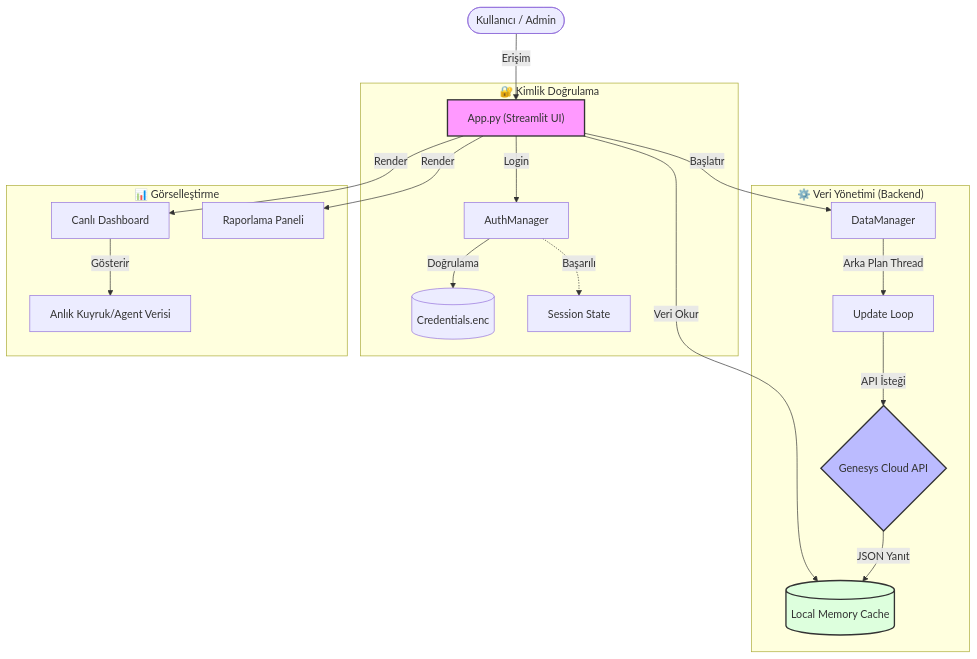
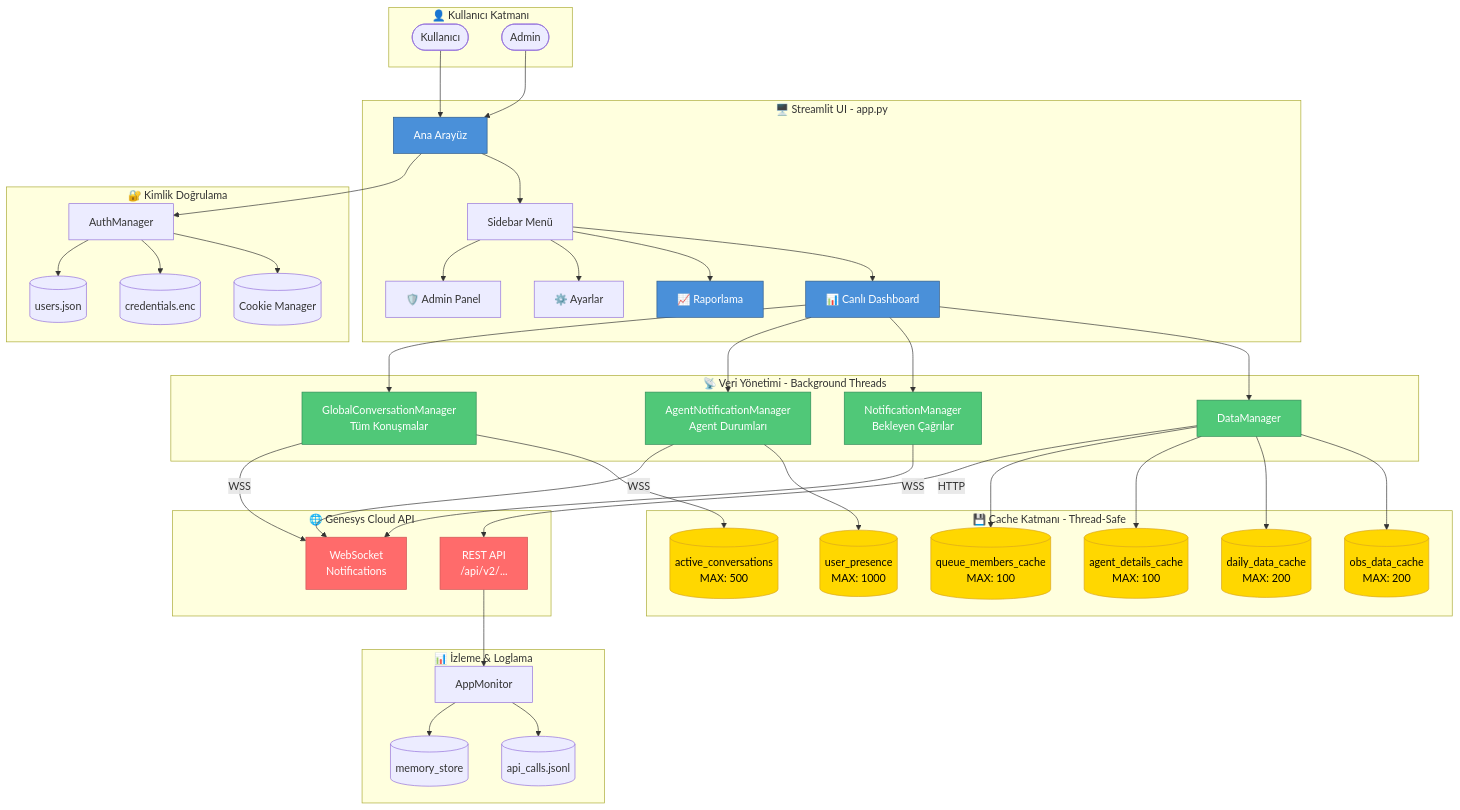
One commit to fatihbiyiklio/Geneys-Cloud-Reporting-API changed the first of 2 diagrams in README.md. Above: the diagram before and after it, drawn with Mermaid. The commit also changed other lines of this file and 3 other files, not shown here.

Commit message:
Enhance memory management across various components; enforce limits on organization and cache sizes to prevent memory bloat in DataManager, NotificationManager, and related classes.

````diff
--- a/README.md
+++ b/README.md
@@ -48,28 +102,101 @@
 ```mermaid
-graph TD
-    User([Kullanıcı / Admin]) -->|Erişim| App["App.py (Streamlit UI)"]
-    
-    subgraph "🔐 Kimlik Doğrulama"
-        App -->|Login| Auth[AuthManager]
-        Auth -->|Doğrulama| EncCreds[("Credentials.enc")]
-        Auth -.->|Başarılı| Session[Session State]
-    end
-    
-    subgraph "⚙️ Veri Yönetimi (Backend)"
-        App -->|Başlatır| DM[DataManager]
-        DM -->|Arka Plan Thread| UpdateLoop[Update Loop]
-        UpdateLoop -->|API İsteği| API{Genesys Cloud API}
-        API -->|JSON Yanıt| Cache[("Local Memory Cache")]
-    end
-    
-    subgraph "📊 Görselleştirme"
-        App -->|Veri Okur| Cache
-        App -->|Render| Dashboard[Canlı Dashboard]
-        App -->|Render| Report[Raporlama Paneli]
-        Dashboard -->|Gösterir| Metrics[Anlık Kuyruk/Agent Verisi]
+graph TB
+    subgraph "👤 Kullanıcı Katmanı"
+        User([Kullanıcı])
+        Admin([Admin])
     end
 
-    style App fill:#f9f,stroke:#333,stroke-width:2px
-    style API fill:#bbf,stroke:#333,stroke-width:2px
-    style Cache fill:#dfd,stroke:#333,stroke-width:2px
+    subgraph "🖥️ Streamlit UI - app.py"
+        UI[Ana Arayüz]
+        Sidebar[Sidebar Menü]
+        Dashboard[📊 Canlı Dashboard]
+        Reports[📈 Raporlama]
+        Settings[⚙️ Ayarlar]
+        AdminPanel[🛡️ Admin Panel]
+    end
+
+    subgraph "🔐 Kimlik Doğrulama"
+        AuthMgr[AuthManager]
+        Cookies[(Cookie Manager)]
+        EncCreds[(credentials.enc)]
+        Users[(users.json)]
+    end
+
+    subgraph "📡 Veri Yönetimi - Background Threads"
+        DM[DataManager]
+        NM_Call[NotificationManager<br/>Bekleyen Çağrılar]
+        NM_Agent[AgentNotificationManager<br/>Agent Durumları]
+        NM_Global[GlobalConversationManager<br/>Tüm Konuşmalar]
+    end
+
+    subgraph "💾 Cache Katmanı - Thread-Safe"
+        ObsCache[(obs_data_cache<br/>MAX: 200)]
+        DailyCache[(daily_data_cache<br/>MAX: 200)]
+        AgentCache[(agent_details_cache<br/>MAX: 100)]
+        MemberCache[(queue_members_cache<br/>MAX: 100)]
+        PresenceCache[(user_presence<br/>MAX: 1000)]
+        ConvCache[(active_conversations<br/>MAX: 500)]
+    end
+
+    subgraph "🌐 Genesys Cloud API"
+        REST[REST API<br/>/api/v2/...]
+        WS[WebSocket<br/>Notifications]
+    end
+
+    subgraph "📊 İzleme & Loglama"
+        Monitor[AppMonitor]
+        MemStore[(memory_store)]
+        APILog[(api_calls.jsonl)]
+    end
+
+    %% Kullanıcı Akışı
+    User --> UI
+    Admin --> UI
+    UI --> Sidebar
+    Sidebar --> Dashboard
+    Sidebar --> Reports
+    Sidebar --> Settings
+    Sidebar --> AdminPanel
+
+    %% Kimlik Doğrulama
+    UI --> AuthMgr
+    AuthMgr --> Cookies
+    AuthMgr --> EncCreds
+    AuthMgr --> Users
+
+    %% Veri Yönetimi
+    Dashboard --> DM
+    Dashboard --> NM_Call
+    Dashboard --> NM_Agent
+    Dashboard --> NM_Global
+
+    %% Cache Bağlantıları
+    DM --> ObsCache
+    DM --> DailyCache
+    DM --> AgentCache
+    DM --> MemberCache
+    NM_Agent --> PresenceCache
+    NM_Global --> ConvCache
+
+    %% API Bağlantıları
+    DM -->|HTTP| REST
+    NM_Call -->|WSS| WS
+    NM_Agent -->|WSS| WS
+    NM_Global -->|WSS| WS
+
+    %% Monitoring
+    REST --> Monitor
+    Monitor --> APILog
+    Monitor --> MemStore
+
+    %% Styling
+    classDef primary fill:#4A90D9,stroke:#2E5A8B,color:white
+    classDef secondary fill:#50C878,stroke:#2E8B57,color:white
+    classDef cache fill:#FFD700,stroke:#DAA520,color:black
+    classDef external fill:#FF6B6B,stroke:#CC5555,color:white
+
+    class UI,Dashboard,Reports primary
+    class DM,NM_Call,NM_Agent,NM_Global secondary
+    class ObsCache,DailyCache,AgentCache,MemberCache,PresenceCache,ConvCache cache
+    class REST,WS external
 ```
````
